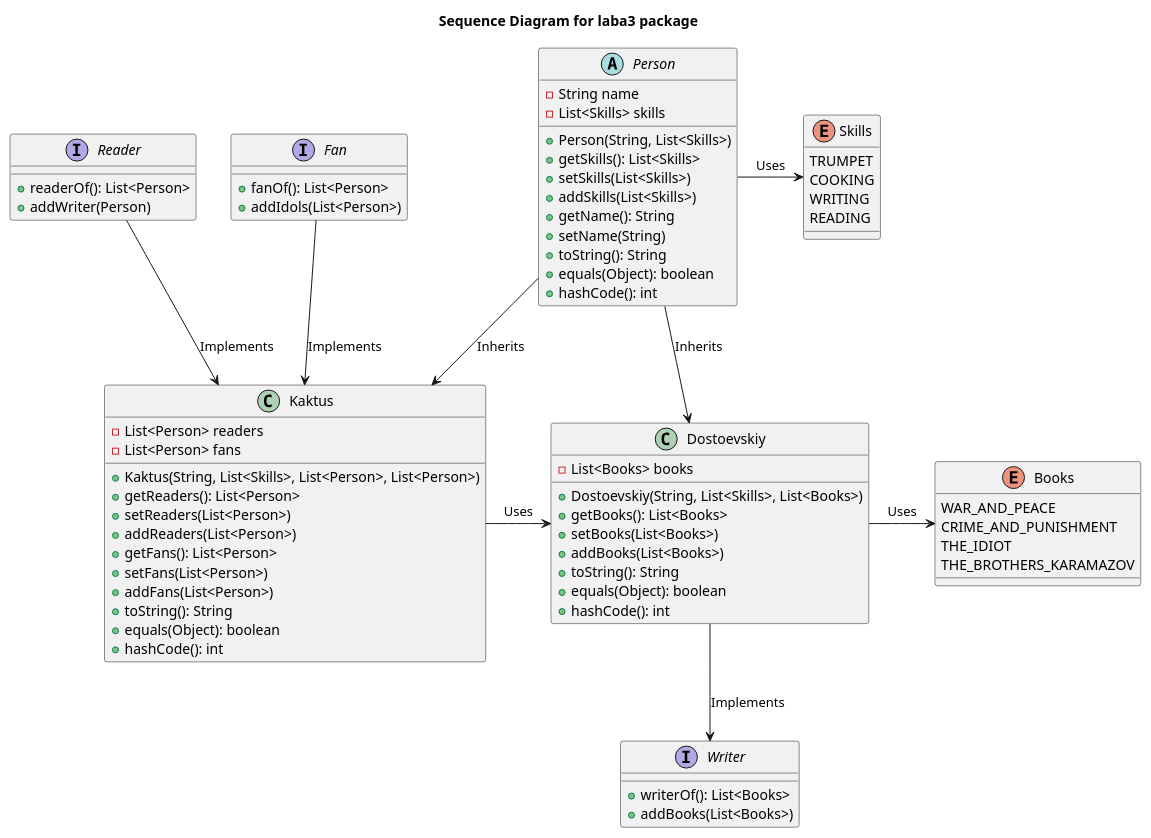
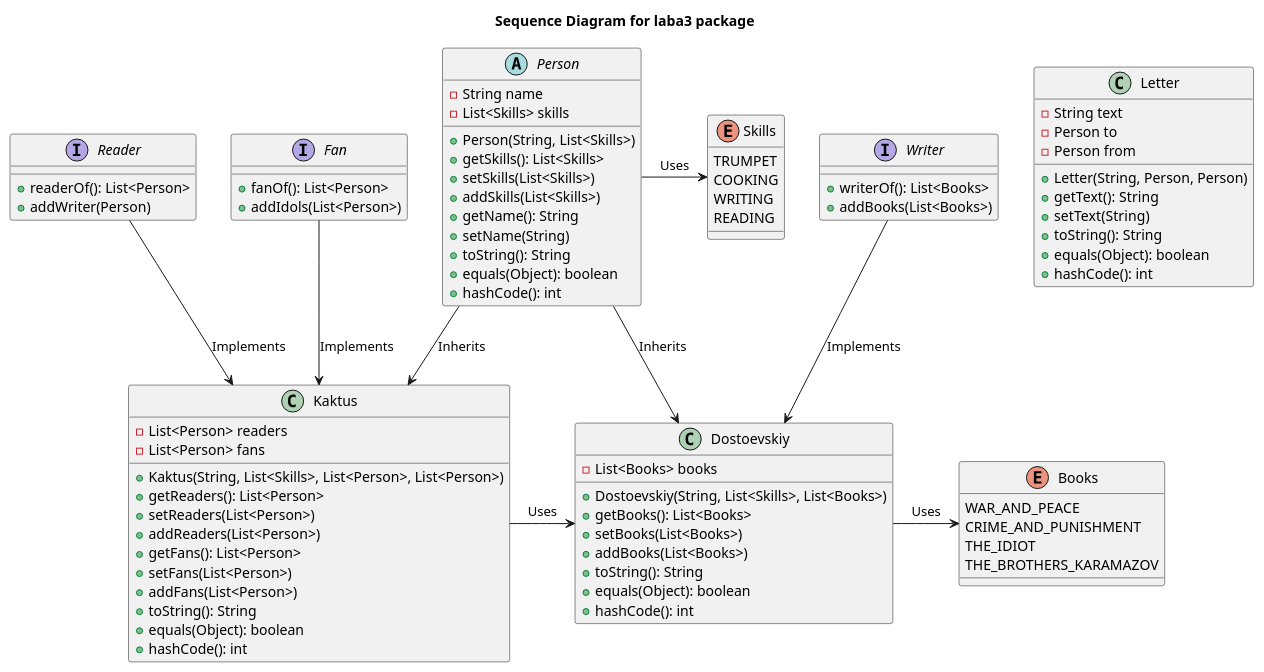
The diagram in laba3/diagram.wsd (Deformater/itmo_java_lab_3), drawn with PlantUML before and after one commit. The commit also changed 4 other files, not shown here.

```diff
--- a/laba3/diagram.wsd
+++ b/laba3/diagram.wsd
@@ -1,82 +1,94 @@
 @startuml name
 title Sequence Diagram for laba3 package
 skinparam componentStyle uml2
 
 enum Books {
     WAR_AND_PEACE
     CRIME_AND_PUNISHMENT
     THE_IDIOT
     THE_BROTHERS_KARAMAZOV
 }
 
 enum Skills {
     TRUMPET
     COOKING
     WRITING
     READING
 }
 
 abstract class Person {
     -String name
     -List<Skills> skills
     +Person(String, List<Skills>)
     +getSkills(): List<Skills>
     +setSkills(List<Skills>)
     +addSkills(List<Skills>)
     +getName(): String
     +setName(String)
     +toString(): String
     +equals(Object): boolean
     +hashCode(): int
 }
 
 class Dostoevskiy {
     -List<Books> books
     +Dostoevskiy(String, List<Skills>, List<Books>)
     +getBooks(): List<Books>
     +setBooks(List<Books>)
     +addBooks(List<Books>)
     +toString(): String
     +equals(Object): boolean
     +hashCode(): int
 }
 
 class Kaktus {
     -List<Person> readers
     -List<Person> fans
     +Kaktus(String, List<Skills>, List<Person>, List<Person>)
     +getReaders(): List<Person>
     +setReaders(List<Person>)
     +addReaders(List<Person>)
     +getFans(): List<Person>
     +setFans(List<Person>)
     +addFans(List<Person>)
     +toString(): String
     +equals(Object): boolean
     +hashCode(): int
 }
 
+class Letter {
+    -String text
+    -Person to
+    -Person from
+    +Letter(String, Person, Person)
+    +getText(): String
+    +setText(String)
+    +toString(): String
+    +equals(Object): boolean
+    +hashCode(): int
+}
+
 interface Reader {
     +readerOf(): List<Person>
     +addWriter(Person)
 }
 
 interface Writer {
     +writerOf(): List<Books>
     +addBooks(List<Books>)
 }
 
 interface Fan {
     +fanOf(): List<Person>
     +addIdols(List<Person>)
 }
 
 Person->Skills: Uses
 Person --> Dostoevskiy: Inherits
 Person-->Kaktus: Inherits
 Dostoevskiy->Books: Uses
-Dostoevskiy --> Writer: Implements
+Writer --> Dostoevskiy: Implements
 Kaktus->Dostoevskiy: Uses
 Fan --> Kaktus:Implements
 Reader --> Kaktus: Implements
 @enduml
```
